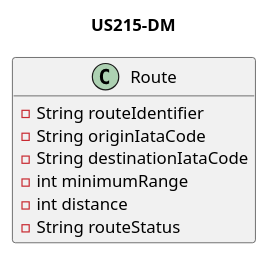
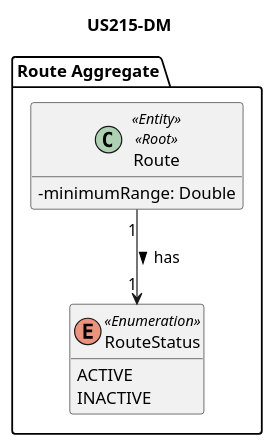
One commit to anamartasilvaa/PSOFT_AISafe_Flight changed the diagram in docs/WP#3B - Enhanced Route Management/US215/US215-DM.puml. Above: the diagram before and after it, drawn with PlantUML. The commit also changed 18 other files, not shown here.

Commit message:
diagramas de WP#3B

```diff
--- a/docs/WP#3B - Enhanced Route Management/US215/US215-DM.puml
+++ b/docs/WP#3B - Enhanced Route Management/US215/US215-DM.puml
@@ -1,13 +1,18 @@
 @startuml
+skinparam classAttributeIconSize 0
+hide empty members
 title US215-DM
-hide methods
 
-class Route {
-    - String routeIdentifier
-    - String originIataCode
-    - String destinationIataCode
-    - int minimumRange
-    - int distance
-    - String routeStatus
+package "Route Aggregate" {
+    class Route <<Entity>> <<Root>> {
+        - minimumRange: Double
+    }
+
+    enum RouteStatus <<Enumeration>> {
+        ACTIVE
+        INACTIVE
+    }
+
+    Route "1" --> "1" RouteStatus : has >
 }
 @enduml
```
